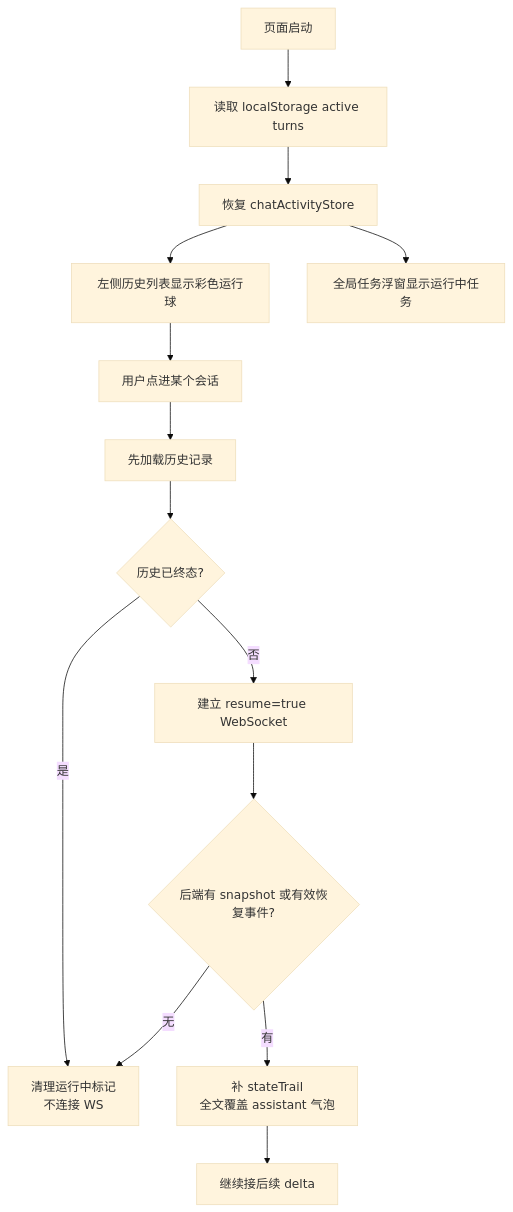
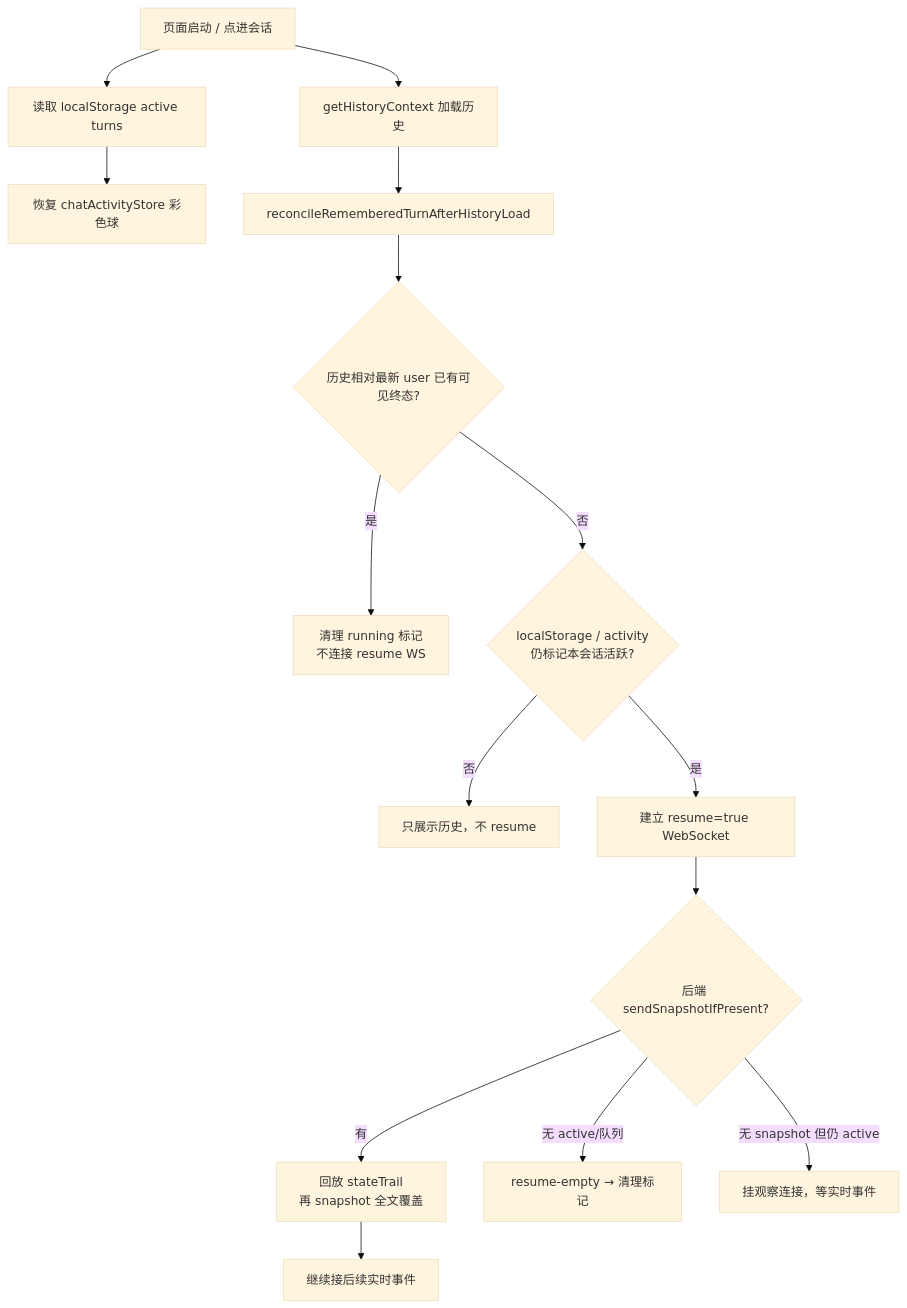
One commit to jerryt92/j2agent-docs changed the fifth of 8 diagrams in 平台/聊天后台任务与重连恢复/README.md. Above: the diagram before and after it, drawn with Mermaid (base theme). The commit also changed other lines of this file, not shown here.

First line of the commit message:
refactor(chat): 重构聊天输出缓存和快照机制

````diff
--- a/平台/聊天后台任务与重连恢复/README.md
+++ b/平台/聊天后台任务与重连恢复/README.md
@@ -350,17 +380,17 @@
 ```mermaid
 flowchart TD
-  BOOT["页面启动"] --> LOCAL["读取 localStorage active turns"]
-  LOCAL --> STORE["恢复 chatActivityStore"]
-  STORE --> LIST["左侧历史列表显示彩色运行球"]
-  STORE --> PANEL["全局任务浮窗显示运行中任务"]
-
-  LIST --> CLICK["用户点进某个会话"]
-  CLICK --> HIST["先加载历史记录"]
-  HIST --> DONE{"历史已终态?"}
-  DONE -->|是| FIX["清理运行中标记<br/>不连接 WS"]
-  DONE -->|否| WS["建立 resume=true WebSocket"]
-  WS --> SNAP{"后端有 snapshot 或有效恢复事件?"}
-  SNAP -->|有| APPLY["补 stateTrail<br/>全文覆盖 assistant 气泡"]
-  APPLY --> STREAM["继续接后续 delta"]
-  SNAP -->|无| FIX
+  BOOT["页面启动 / 点进会话"] --> LOCAL["读取 localStorage active turns"]
+  LOCAL --> STORE["恢复 chatActivityStore 彩色球"]
+  BOOT --> HIST["getHistoryContext 加载历史"]
+  HIST --> RECON["reconcileRememberedTurnAfterHistoryLoad"]
+  RECON --> DONE{"历史相对最新 user 已有可见终态?"}
+  DONE -->|是| FIX["清理 running 标记<br/>不连接 resume WS"]
+  DONE -->|否| REM{"localStorage / activity<br/>仍标记本会话活跃?"}
+  REM -->|否| STATIC["只展示历史，不 resume"]
+  REM -->|是| WS["建立 resume=true WebSocket"]
+  WS --> SNAP{"后端 sendSnapshotIfPresent?"}
+  SNAP -->|有| APPLY["回放 stateTrail<br/>再 snapshot 全文覆盖"]
+  APPLY --> STREAM["继续接后续实时事件"]
+  SNAP -->|无 active/队列| EMPTY["resume-empty → 清理标记"]
+  SNAP -->|无 snapshot 但仍 active| WAIT["挂观察连接，等实时事件"]
 ```
````
